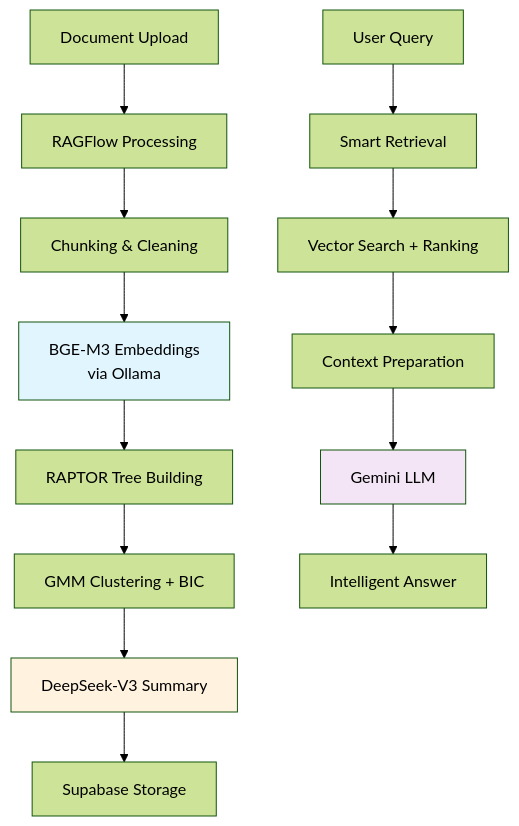
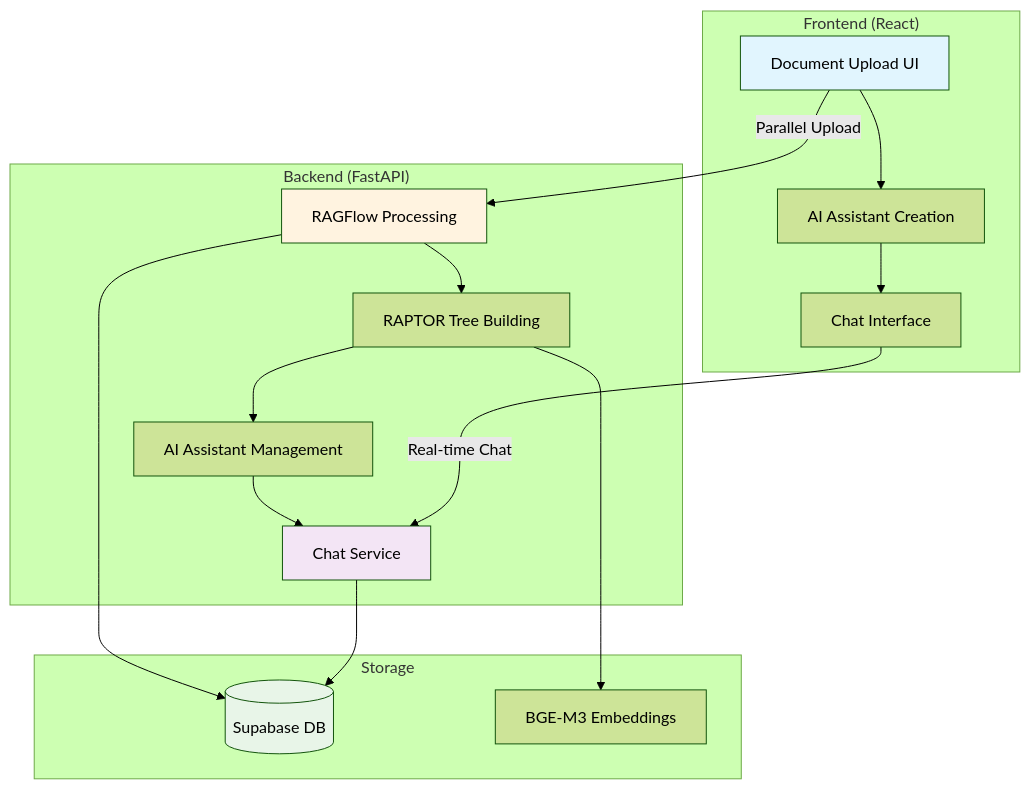
Before and after one commit to khoahuyn/Rsptor: the diagram in README.md, drawn with Mermaid (forest theme). The commit also changed other lines of this file and 199 other files, not shown here.

Commit message:
set up front and for ragflow raptor

````diff
--- a/README.md
+++ b/README.md
@@ -30,20 +33,29 @@
 ```mermaid
 flowchart TD
-    A[Document Upload] --> B[RAGFlow Processing]
-    B --> C[Chunking & Cleaning]
-    C --> D[BGE-M3 Embeddings<br/>via Ollama]
-    D --> E[RAPTOR Tree Building]
-    E --> F[GMM Clustering + BIC]
-    F --> G[DeepSeek-V3 Summary]
-    G --> H[Supabase Storage]
+    subgraph "Frontend (React)"
+        A[Document Upload UI] --> B[AI Assistant Creation]
+        B --> C[Chat Interface]
+    end
     
-    I[User Query] --> J[Smart Retrieval]
-    J --> K[Vector Search + Ranking]
-    K --> L[Context Preparation]
-    L --> M[Gemini LLM]
-    M --> N[Intelligent Answer]
+    subgraph "Backend (FastAPI)"
+        D[RAGFlow Processing] --> E[RAPTOR Tree Building]
+        E --> F[AI Assistant Management]
+        F --> G[Chat Service]
+    end
     
-    style D fill:#e1f5fe
-    style G fill:#fff3e0
-    style M fill:#f3e5f5
+    subgraph "Storage"
+        H[(Supabase DB)]
+        I[BGE-M3 Embeddings]
+    end
+    
+    A -->|Parallel Upload| D
+    D --> H
+    E --> I
+    G --> H
+    C -->|Real-time Chat| G
+    
+    style A fill:#e1f5fe
+    style D fill:#fff3e0
+    style G fill:#f3e5f5
+    style H fill:#e8f5e8
 ```
````
